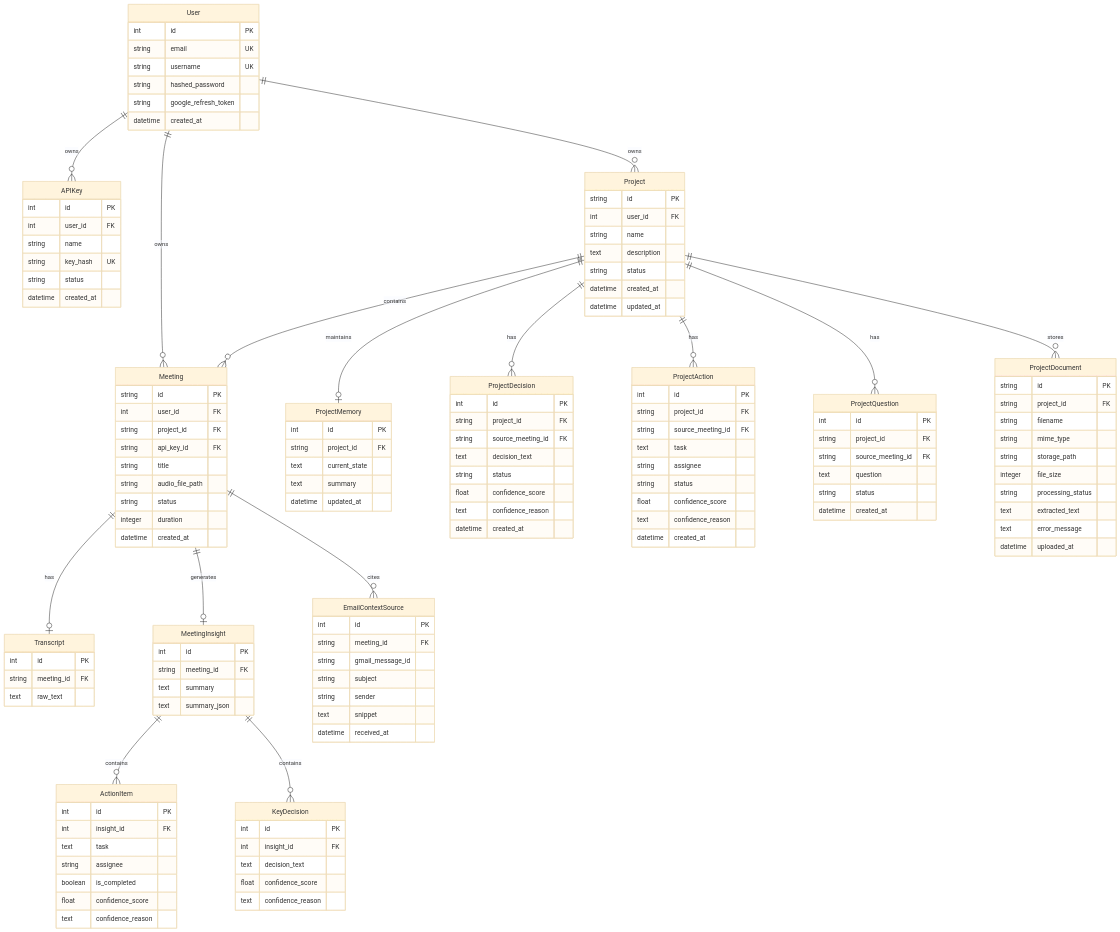
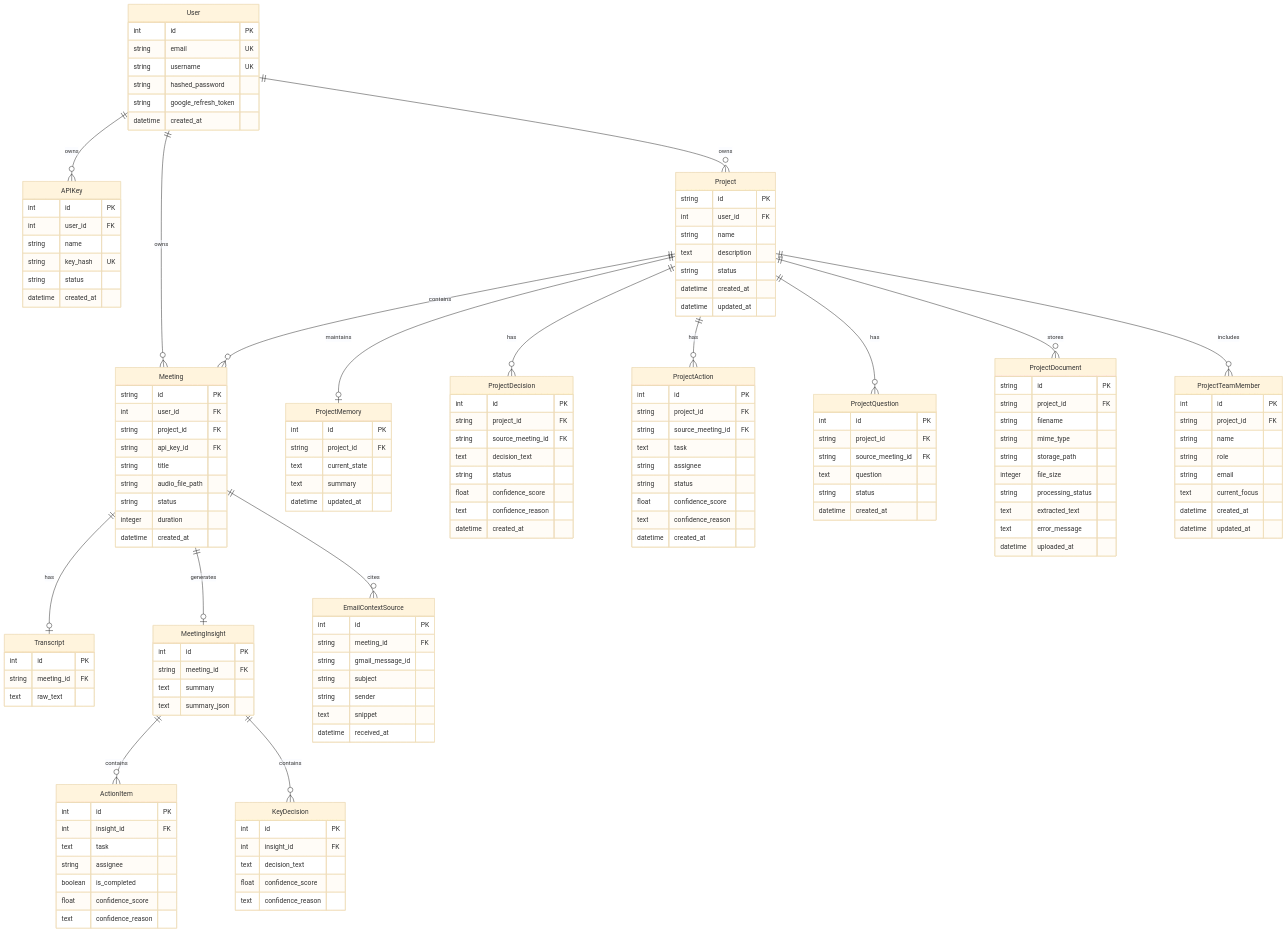
Before and after one commit to adarsh-v-h/MeetInMin: the fourth of 4 diagrams in Docs/ARCHITECTURE.md, drawn with Mermaid (base theme). The commit also changed other lines of this file and 1 other file, not shown here.

Commit message:
docs: update system architecture and README with Project Team Roster & Role Intelligence specifications

```diff
--- a/Docs/ARCHITECTURE.md
+++ b/Docs/ARCHITECTURE.md
@@ -209,6 +219,7 @@
     Project ||--o{ ProjectAction : has
     Project ||--o{ ProjectQuestion : has
     Project ||--o{ ProjectDocument : stores
+    Project ||--o{ ProjectTeamMember : includes
     Project ||--o{ Meeting : contains
 
     Meeting ||--o| Transcript : has
@@ -250,6 +261,17 @@
         string project_id FK
         text current_state
         text summary
+        datetime updated_at
+    }
+
+    ProjectTeamMember {
+        int id PK
+        string project_id FK
+        string name
+        string role
+        string email
+        text current_focus
+        datetime created_at
         datetime updated_at
     }
 
```
